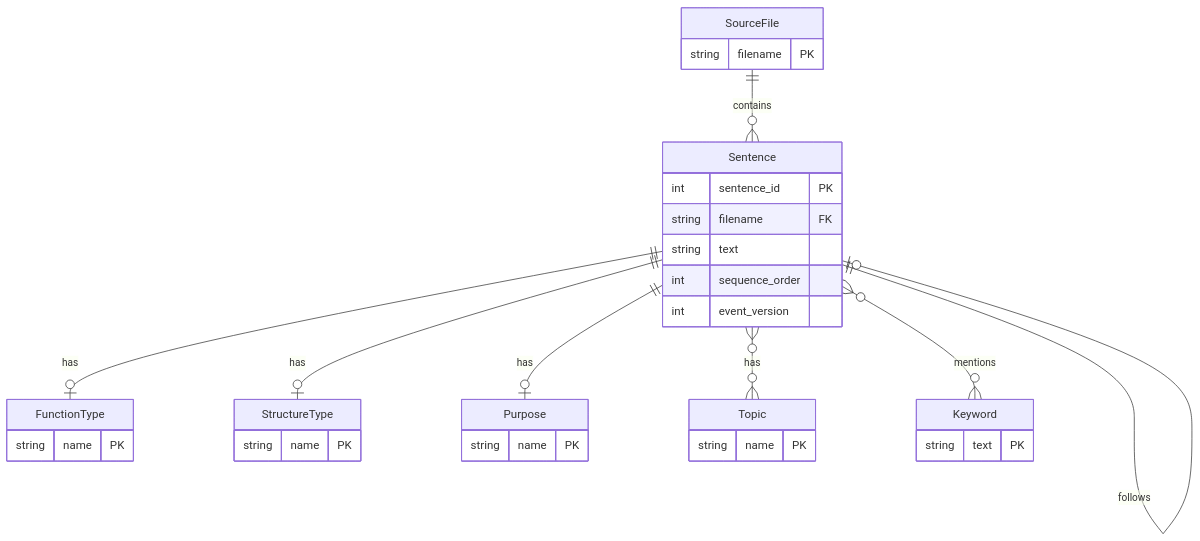
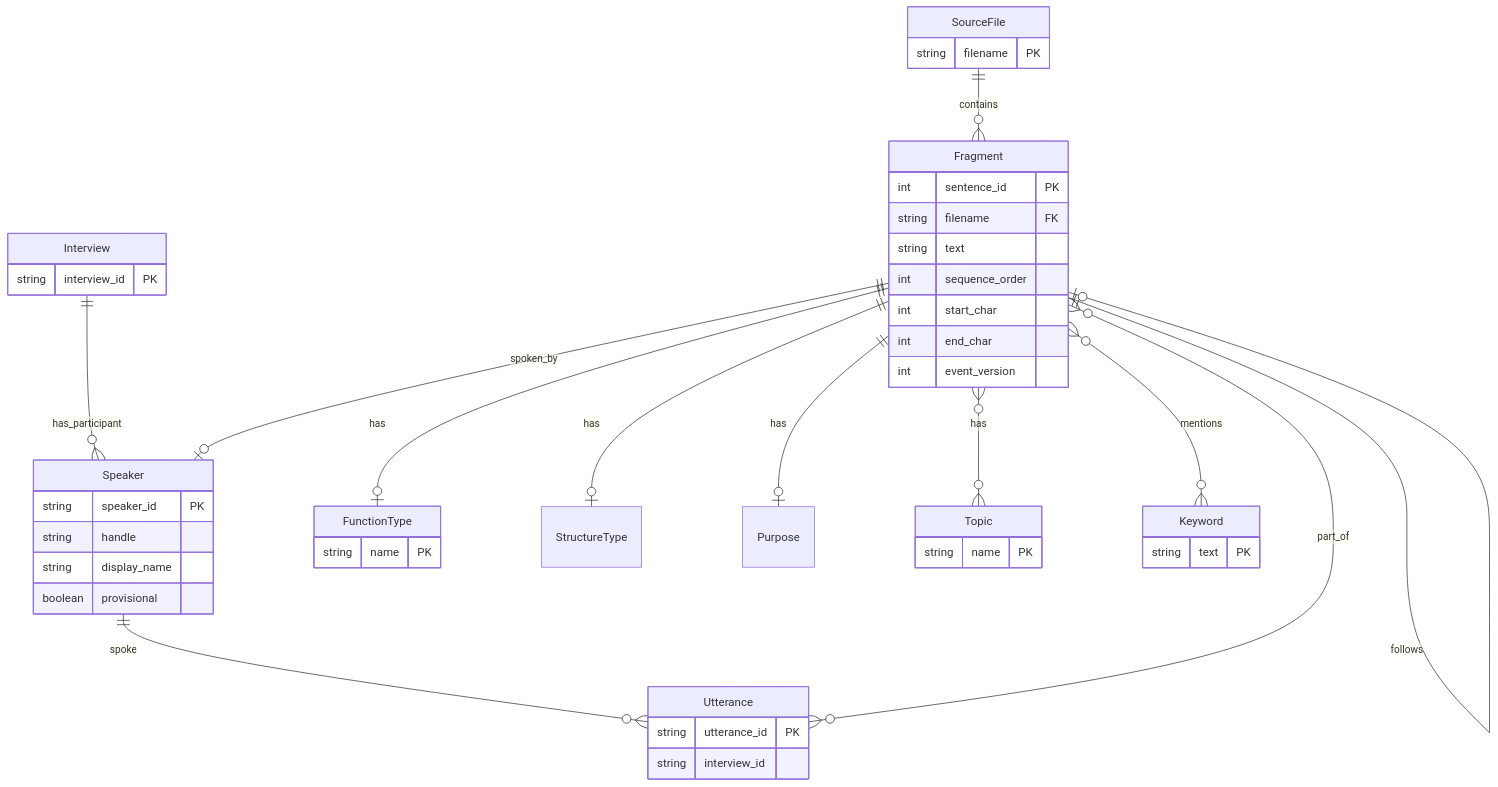
One commit to DigitalCowboyN/interview_analyzer_chaining changed the first of 2 diagrams in docs/architecture/database-schema.md. Above: the diagram before and after it, drawn with Mermaid. The commit also changed other lines of this file and 10 other files, not shown here.

First line of the commit message:
docs: refresh README + product/architecture docs (current through M5.1b) (#15)

````diff
--- a/docs/architecture/database-schema.md
+++ b/docs/architecture/database-schema.md
@@ -11,42 +16,49 @@
 ```mermaid
 erDiagram
-    SourceFile ||--o{ Sentence : contains
-    Sentence ||--o| FunctionType : has
-    Sentence ||--o| StructureType : has
-    Sentence ||--o| Purpose : has
-    Sentence }o--o{ Topic : has
-    Sentence }o--o{ Keyword : mentions
-    Sentence ||--o| Sentence : follows
+    SourceFile ||--o{ Fragment : contains
+    Interview ||--o{ Speaker : has_participant
+    Fragment ||--o| Speaker : spoken_by
+    Speaker ||--o{ Utterance : spoke
+    Fragment }o--o{ Utterance : part_of
+    Fragment ||--o| Fragment : follows
+    Fragment ||--o| FunctionType : has
+    Fragment ||--o| StructureType : has
+    Fragment ||--o| Purpose : has
+    Fragment }o--o{ Topic : has
+    Fragment }o--o{ Keyword : mentions
 
+    Interview {
+        string interview_id PK
+    }
     SourceFile {
         string filename PK
     }
-
-    Sentence {
+    Fragment {
         int sentence_id PK
         string filename FK
         string text
         int sequence_order
+        int start_char
+        int end_char
         int event_version
     }
-
+    Speaker {
+        string speaker_id PK
+        string handle
+        string display_name
+        boolean provisional
+    }
+    Utterance {
+        string utterance_id PK
+        string interview_id
+    }
     FunctionType {
         string name PK
     }
-
-    StructureType {
-        string name PK
-    }
-
-    Purpose {
-        string name PK
-    }
-
     Topic {
         string name PK
     }
-
     Keyword {
         string text PK
     }
 ```
````
